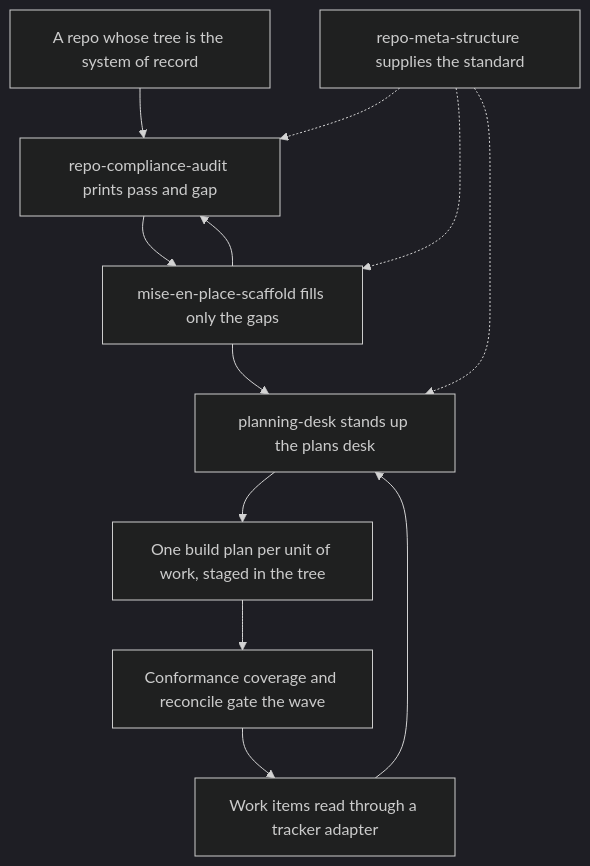
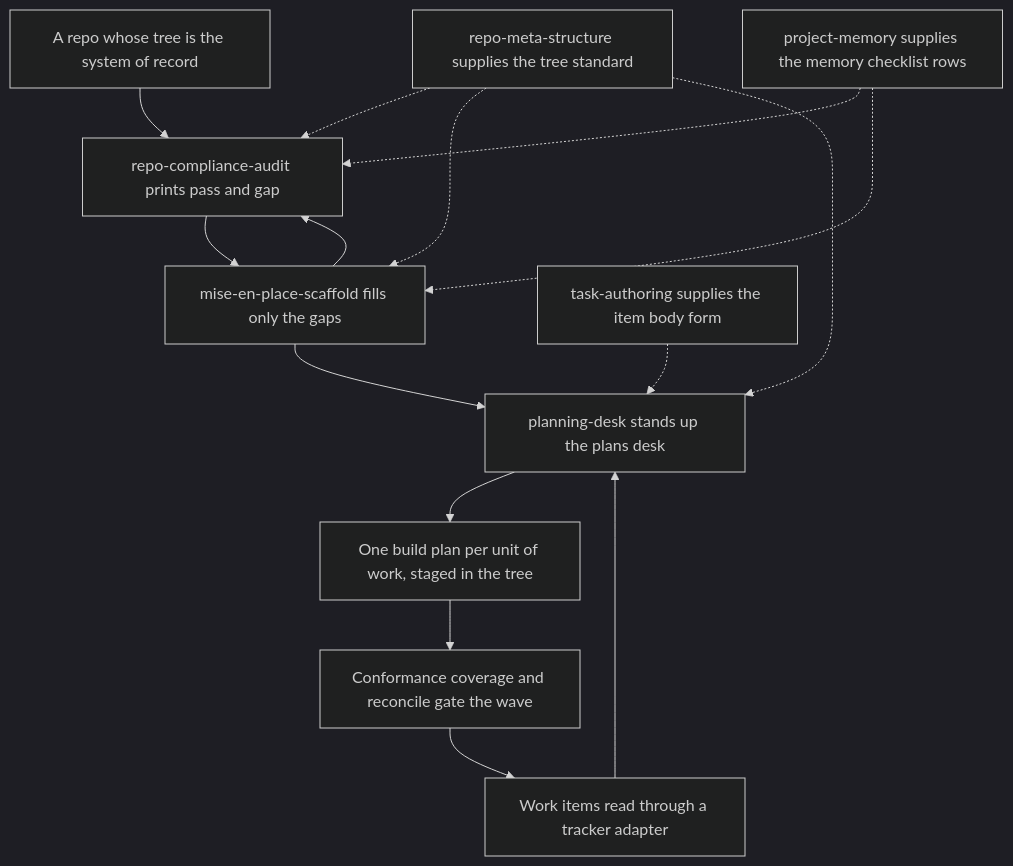
Before and after one commit to hsb3/dotfiles-agents: the diagram in plugins/mise-en-place/README.md, drawn with Mermaid (dark theme). The commit also changed other lines of this file and 13 other files, not shown here.

````diff
--- a/plugins/mise-en-place/README.md
+++ b/plugins/mise-en-place/README.md
@@ -19,15 +24,18 @@
 ```mermaid
 flowchart TD
     Repo[A repo whose tree is the system of record] --> Audit[repo-compliance-audit prints pass and gap]
     Audit --> Scaf[mise-en-place-scaffold fills only the gaps]
     Scaf --> Audit
     Scaf --> Desk[planning-desk stands up the plans desk]
     Tracker[Work items read through a tracker adapter] --> Desk
     Desk --> Plan[One build plan per unit of work, staged in the tree]
     Plan --> Gates[Conformance coverage and reconcile gate the wave]
     Gates --> Tracker
 
-    Std[repo-meta-structure supplies the standard] -.-> Audit
+    Std[repo-meta-structure supplies the tree standard] -.-> Audit
     Std -.-> Scaf
     Std -.-> Desk
+    Mem[project-memory supplies the memory checklist rows] -.-> Audit
+    Mem -.-> Scaf
+    Task[task-authoring supplies the item body form] -.-> Desk
 ```
````
